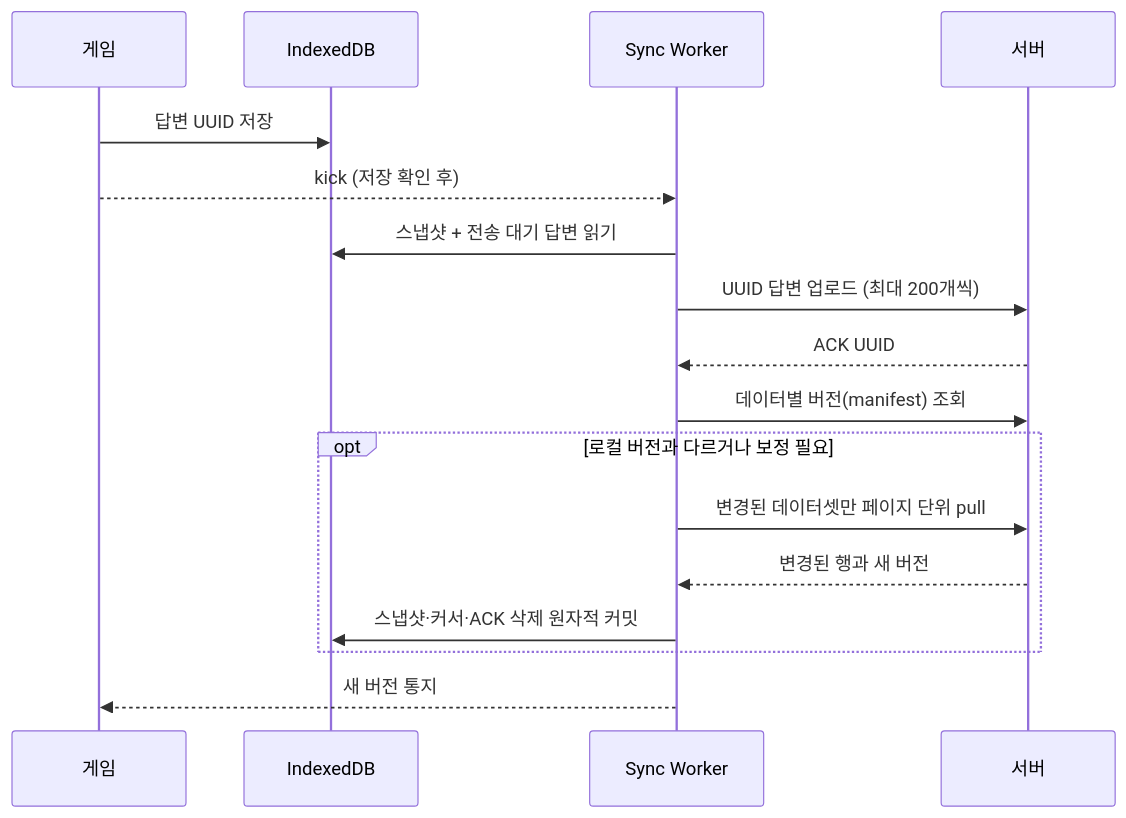
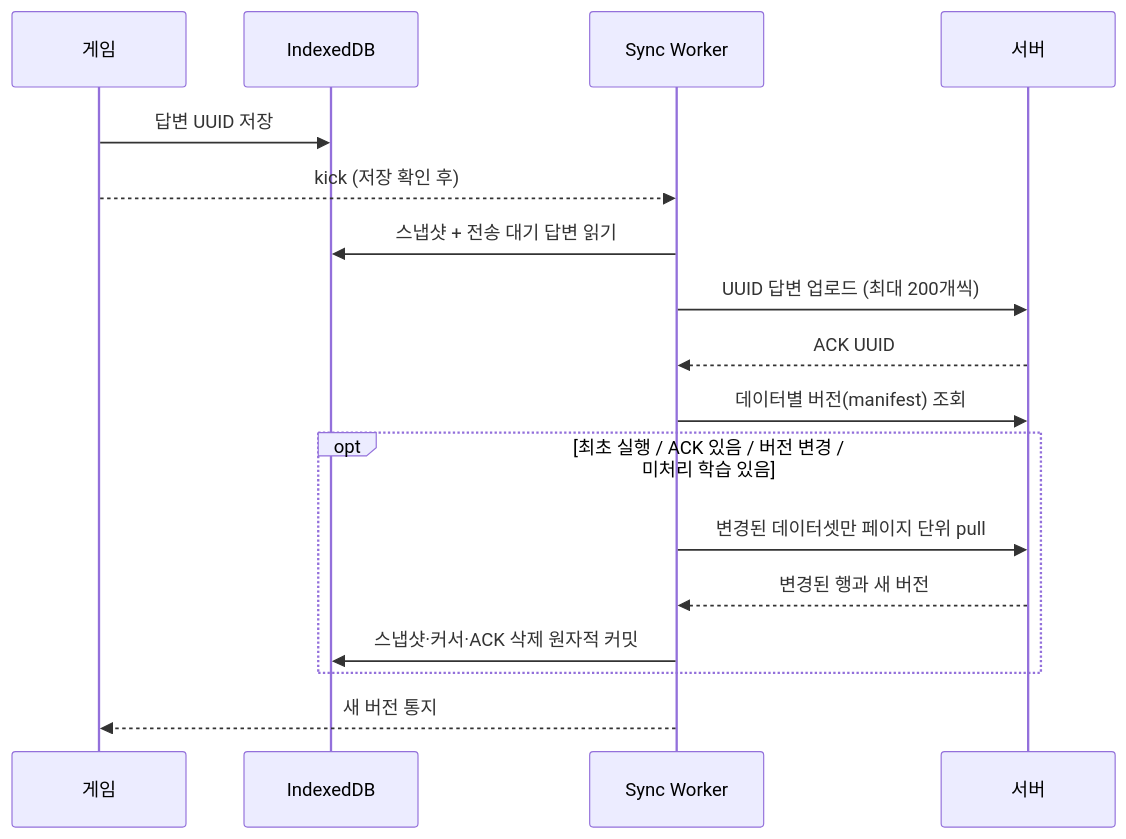
Before and after one commit to leedevjp/Sokudoku: the diagram in docs/SYNC_AND_RECOVERY.md, drawn with Mermaid. The commit also changed other lines of this file and 3 other files, not shown here.

First line of the commit message:
docs: align four architecture guides with current behavior (#81)

````diff
--- a/docs/SYNC_AND_RECOVERY.md
+++ b/docs/SYNC_AND_RECOVERY.md
@@ -19,20 +19,20 @@
 ```mermaid
 sequenceDiagram
     participant G as 게임
     participant D as IndexedDB
     participant W as Sync Worker
     participant S as 서버
 
     G->>D: 답변 UUID 저장
     G-->>W: kick (저장 확인 후)
     W->>D: 스냅샷 + 전송 대기 답변 읽기
     W->>S: UUID 답변 업로드 (최대 200개씩)
     S-->>W: ACK UUID
     W->>S: 데이터별 버전(manifest) 조회
-    opt 로컬 버전과 다르거나 보정 필요
+    opt 최초 실행 / ACK 있음 / 버전 변경 / 미처리 학습 있음
         W->>S: 변경된 데이터셋만 페이지 단위 pull
         S-->>W: 변경된 행과 새 버전
         W->>D: 스냅샷·커서·ACK 삭제 원자적 커밋
     end
     W-->>G: 새 버전 통지
 ```
````
